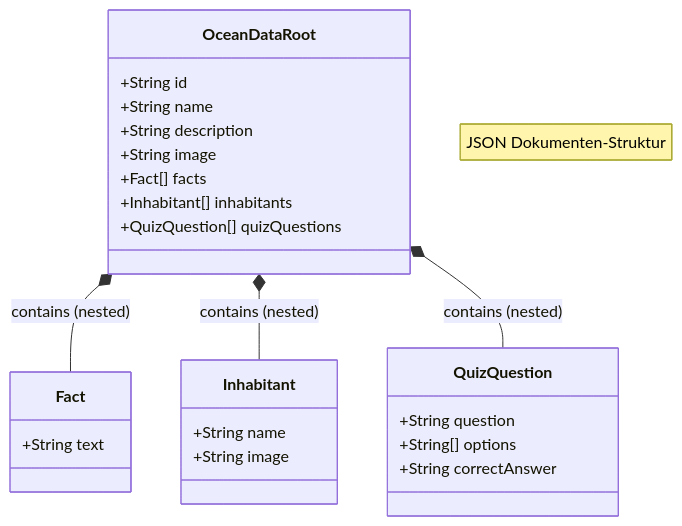
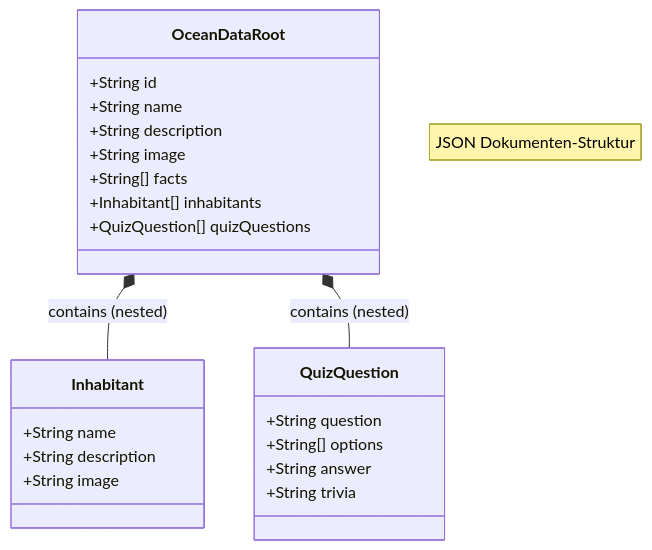
One commit to T-Boyke/EhlenAngularProjekt3 changed the fourth of 5 diagrams in docs/IHK_ABSCHLUSSPROJEKT.md. Above: the diagram before and after it, drawn with Mermaid. The commit also changed other lines of this file, not shown here.

````diff
--- a/docs/IHK_ABSCHLUSSPROJEKT.md
+++ b/docs/IHK_ABSCHLUSSPROJEKT.md
@@ -404,50 +401,31 @@
 ```mermaid
 classDiagram
     direction TB
     note "JSON Dokumenten-Struktur"
     
     class OceanDataRoot {
         +String id
         +String name
         +String description
         +String image
-        +Fact[] facts
+        +String[] facts
         +Inhabitant[] inhabitants
         +QuizQuestion[] quizQuestions
     }
 
-    class Fact {
-        +String text
-    }
-
     class Inhabitant {
         +String name
+        +String description
         +String image
     }
 
     class QuizQuestion {
         +String question
         +String[] options
-        +String correctAnswer
+        +String answer
+        +String trivia
     }
 
-    OceanDataRoot *-- Fact : contains (nested)
     OceanDataRoot *-- Inhabitant : contains (nested)
     OceanDataRoot *-- QuizQuestion : contains (nested)
-
-```json
-_Da keine relationale Datenbank, sondern eine dokumentenorientierte Speicherung (JSON) verwendet wird, stellt die Abbildung die hierarchische Struktur des JSON-Objekts dar, nicht relationale Tabellenverknüpfungen._
-{
-  "id": "pacific",
-  "name": "Pazifischer Ozean",
-  "facts": [ ... ],
-  "inhabitants": [ ... ],
-  "quizQuestions": [
-    {
-      "question": "Wie tief ist der Marianengraben?",
-      "options": ["11.000m", "5.000m", "2.000m", "8.000m"],
-      "correctAnswer": "11.000m"
-    }
-  ]
-}
 ```
````
